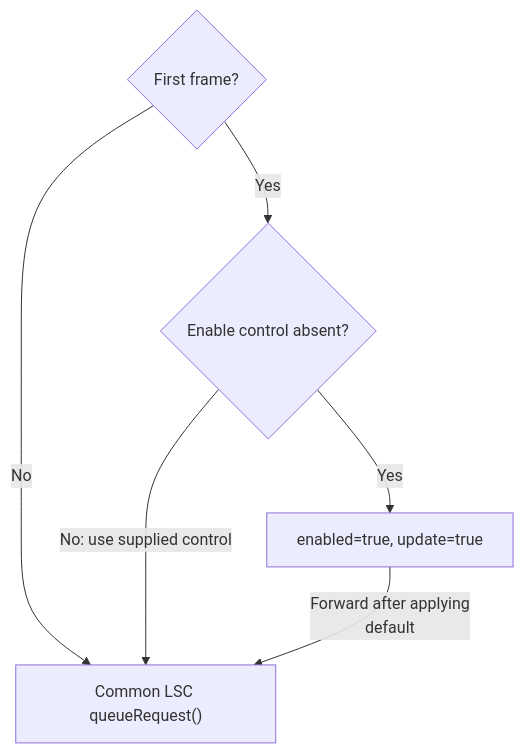
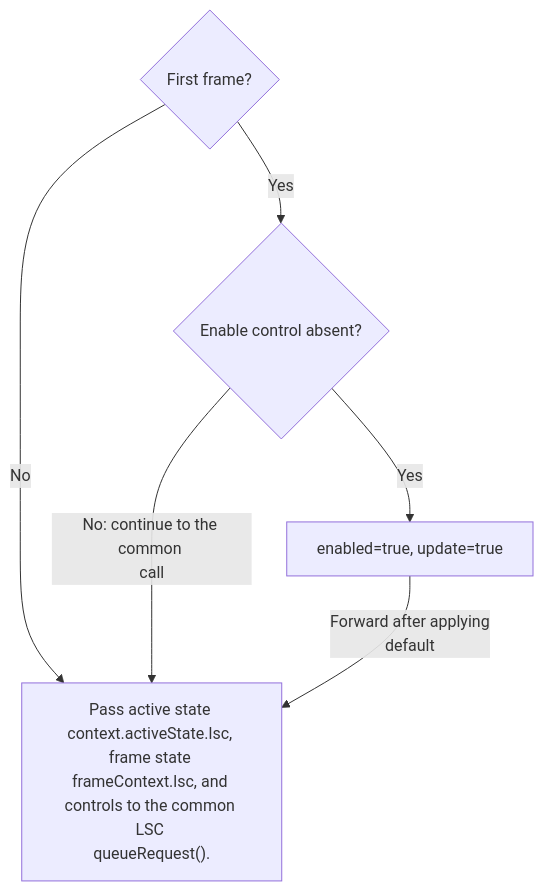
Before and after one commit to TTolsun/libcamera-sdd: the diagram in docs/en/ipu3-lsc-flow.lsc-request-input.mmd, drawn with Mermaid. The commit also changed 283 other files, not shown here.

```diff
--- a/docs/en/ipu3-lsc-flow.lsc-request-input.mmd
+++ b/docs/en/ipu3-lsc-flow.lsc-request-input.mmd
@@ -1,11 +1,11 @@
 flowchart TB
 
   v_first{"First frame?"}
   v_control{"Enable control absent?"}
   v_default["enabled#61;true, update#61;true"]
-  v_common["Common LSC queueRequest#40;#41;"]
+  v_common["Pass active state <br/>context.activeState.lsc, <br/>frame state <br/>frameContext.lsc, and <br/>controls to the common LSC <br/>queueRequest#40;#41;."]
   v_first -->|"Yes"| v_control
   v_first -->|"No"| v_common
   v_control -->|"Yes"| v_default
-  v_control -->|"No: use supplied control"| v_common
+  v_control -->|"No: continue to the common <br/>call"| v_common
   v_default -->|"Forward after applying <br/>default"| v_common
```
